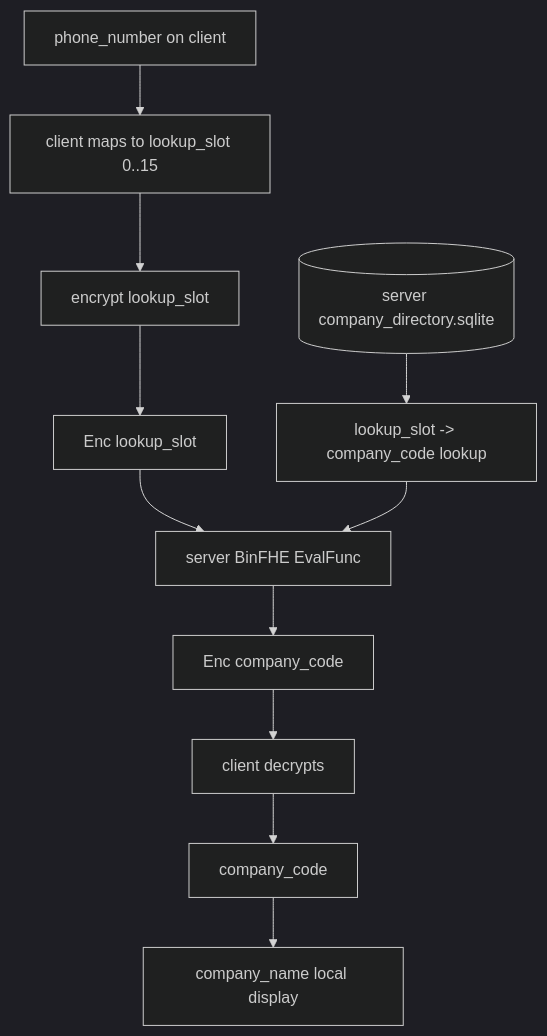
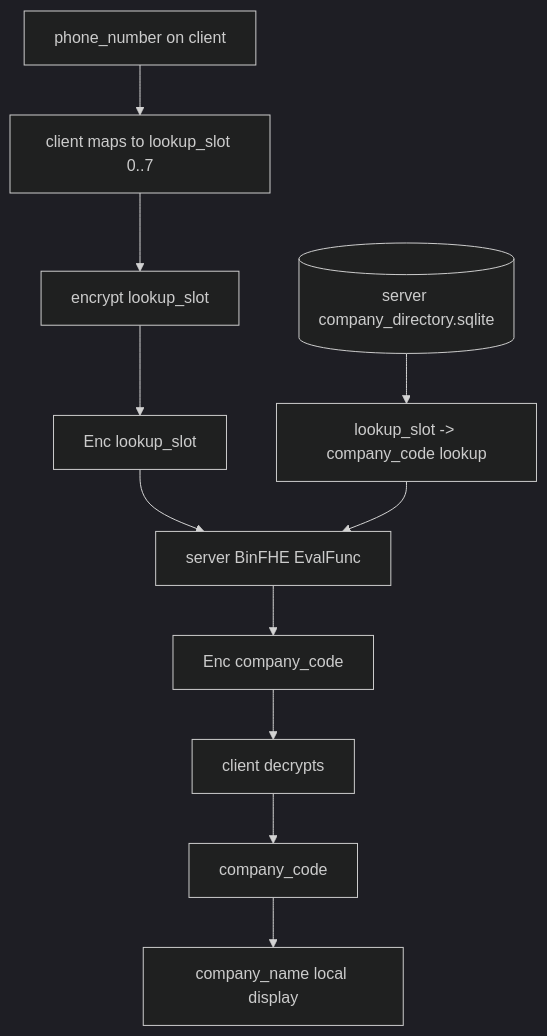
Before and after one commit to Nhatcao1/he_profiler: the second of 2 diagrams in PRIVATE_COMPANY_LOOKUP_FLOW.md, drawn with Mermaid (dark theme). The commit also changed other lines of this file and 12 other files, not shown here.

````diff
--- a/PRIVATE_COMPANY_LOOKUP_FLOW.md
+++ b/PRIVATE_COMPANY_LOOKUP_FLOW.md
@@ -82,15 +83,15 @@
 ```mermaid
 flowchart TD
-    PHONE[phone_number on client] --> MAP[client maps to lookup_slot 0..15]
+    PHONE[phone_number on client] --> MAP[client maps to lookup_slot 0..7]
     MAP --> ENC[encrypt lookup_slot]
     ENC --> CTQ[Enc lookup_slot]
 
     DB[(server company_directory.sqlite)] --> LUT[lookup_slot -> company_code lookup]
     CTQ --> EVAL[server BinFHE EvalFunc]
     LUT --> EVAL
     EVAL --> CTR[Enc company_code]
 
     CTR --> DEC[client decrypts]
     DEC --> CODE[company_code]
     CODE --> NAME[company_name local display]
 ```
````
